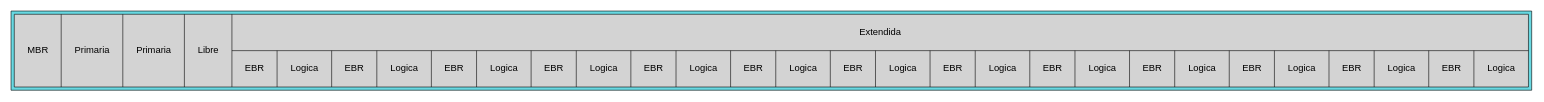
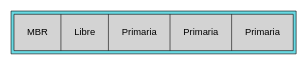
Before and after one commit to luis-tavico/MIA_2SP1_202000562: the diagram in reportes/reporte_disco.dot, drawn with Graphviz. The commit also changed 72 other files, not shown here.

```diff
--- a/reportes/reporte_disco.dot
+++ b/reportes/reporte_disco.dot
@@ -1,6 +1,6 @@
 digraph G {
     subgraph cluster { margin="5.0" penwidth="1.0" bgcolor="#68d9e2"
         node [style="rounded" style=filled fontname="Arial" fontsize="16" margin=0.3];
-        node_disk [shape="record" label="MBR|Primaria|Primaria|Libre|{Extendida|{EBR|Logica|EBR|Logica|EBR|Logica|EBR|Logica|EBR|Logica|EBR|Logica|EBR|Logica|EBR|Logica|EBR|Logica|EBR|Logica|EBR|Logica|EBR|Logica|EBR|Logica}}"];
+        node_disk [shape="record" label="MBR|Libre|Primaria|Primaria|Primaria"];
     }
 }
```
